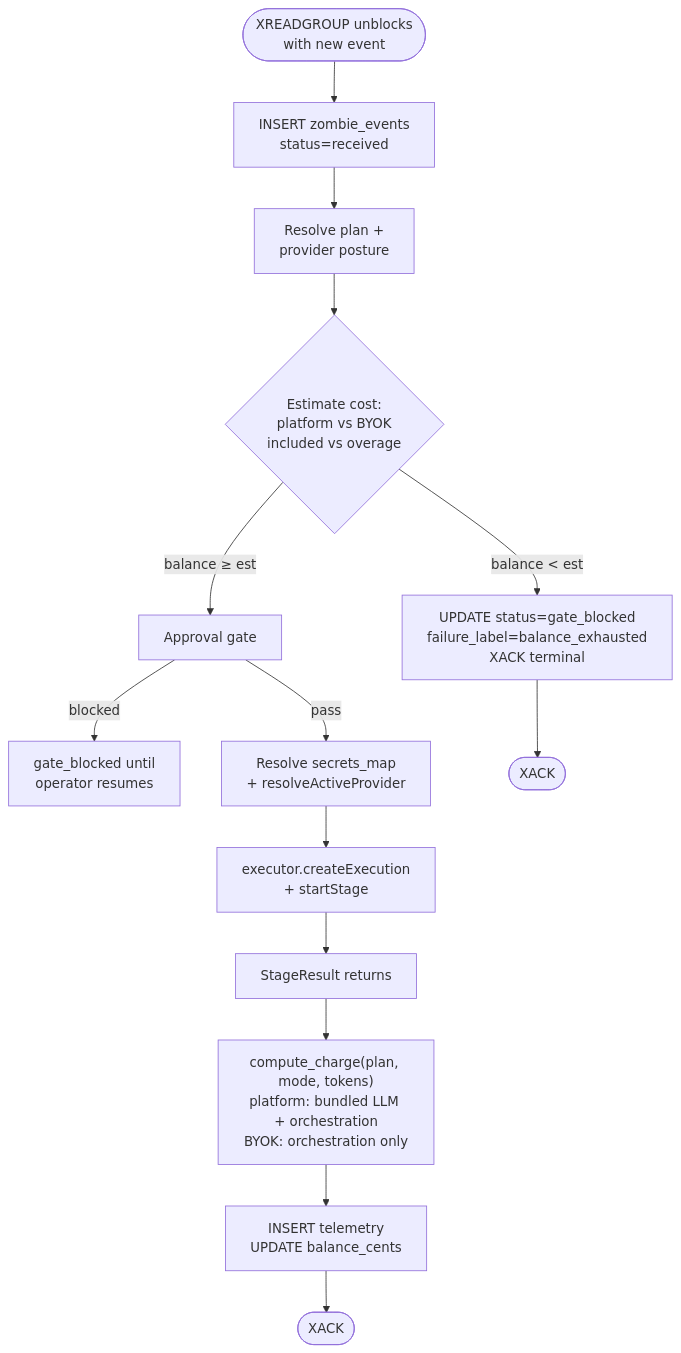
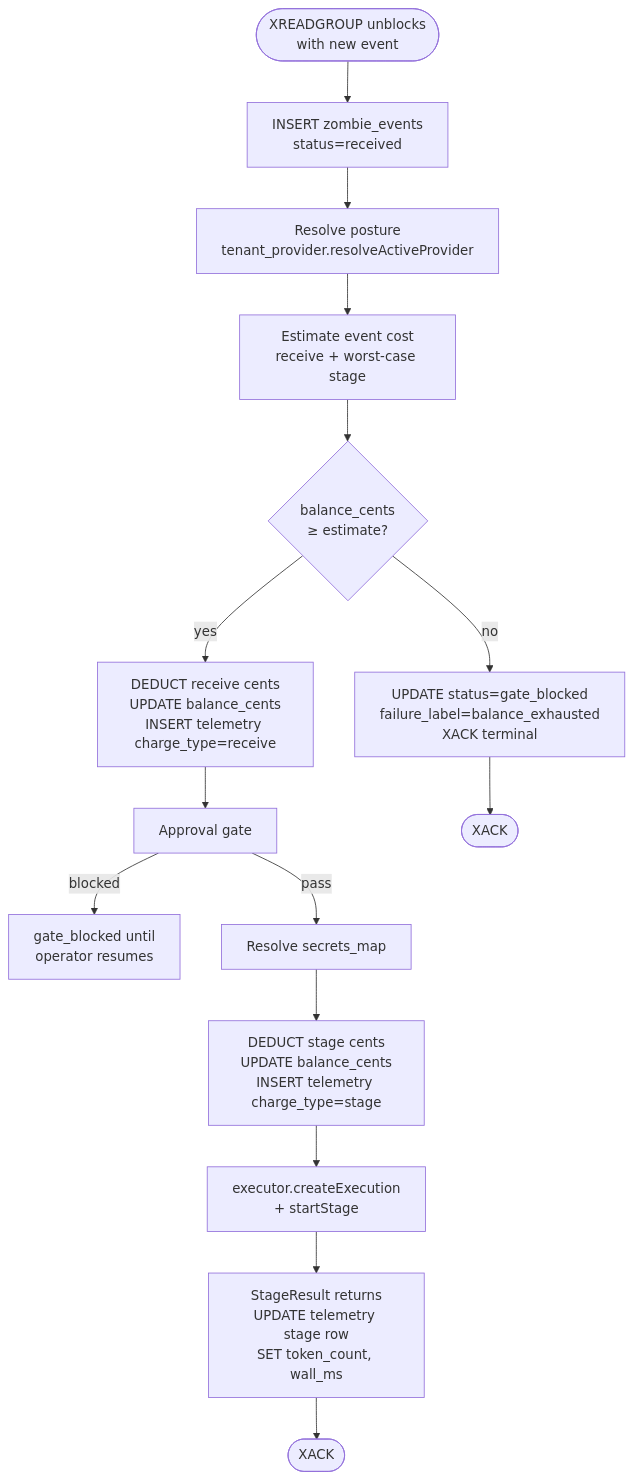
Before and after one commit to usezombie/usezombie: the diagram in docs/architecture/scenarios/03_balance_gate_paid.md, drawn with Mermaid. The commit also changed other lines of this file and 6 other files, not shown here.

````diff
--- a/docs/architecture/scenarios/03_balance_gate_paid.md
+++ b/docs/architecture/scenarios/03_balance_gate_paid.md
@@ -9,16 +7,17 @@
 ```mermaid
 flowchart TD
     Start([XREADGROUP unblocks<br/>with new event]) --> Insert[INSERT zombie_events<br/>status=received]
-    Insert --> ResolvePlan[Resolve plan +<br/>provider posture]
-    ResolvePlan --> EstCost{Estimate cost:<br/>platform vs BYOK<br/>included vs overage}
-    EstCost -->|balance < est| Block[UPDATE status=gate_blocked<br/>failure_label=balance_exhausted<br/>XACK terminal]
-    EstCost -->|balance ≥ est| Approval[Approval gate]
-    Approval -->|blocked| Wait[gate_blocked until<br/>operator resumes]
-    Approval -->|pass| ResolveCreds[Resolve secrets_map<br/>+ resolveActiveProvider]
-    ResolveCreds --> Exec[executor.createExecution<br/>+ startStage]
-    Exec --> Result[StageResult returns]
-    Result --> Charge["compute_charge(plan, mode, tokens)<br/>platform: bundled LLM + orchestration<br/>BYOK: orchestration only"]
-    Charge --> Telem[INSERT telemetry<br/>UPDATE balance_cents]
-    Telem --> End([XACK])
+    Insert --> Resolve[Resolve posture<br/>tenant_provider.resolveActiveProvider]
+    Resolve --> Estimate[Estimate event cost<br/>receive + worst-case stage]
+    Estimate --> Gate{balance_cents<br/>≥ estimate?}
+    Gate -->|no| Block[UPDATE status=gate_blocked<br/>failure_label=balance_exhausted<br/>XACK terminal]
+    Gate -->|yes| RDeduct[DEDUCT receive cents<br/>UPDATE balance_cents<br/>INSERT telemetry charge_type=receive]
+    RDeduct --> Approve[Approval gate]
+    Approve -->|blocked| Wait[gate_blocked until<br/>operator resumes]
+    Approve -->|pass| Secrets[Resolve secrets_map]
+    Secrets --> SDeduct[DEDUCT stage cents<br/>UPDATE balance_cents<br/>INSERT telemetry charge_type=stage]
+    SDeduct --> Exec[executor.createExecution<br/>+ startStage]
+    Exec --> Result[StageResult returns<br/>UPDATE telemetry stage row<br/>SET token_count, wall_ms]
+    Result --> End([XACK])
     Block --> EndBlocked([XACK])
 ```
````
